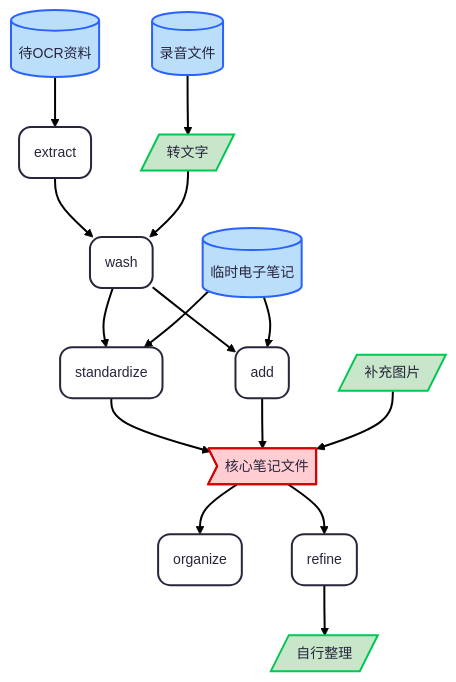
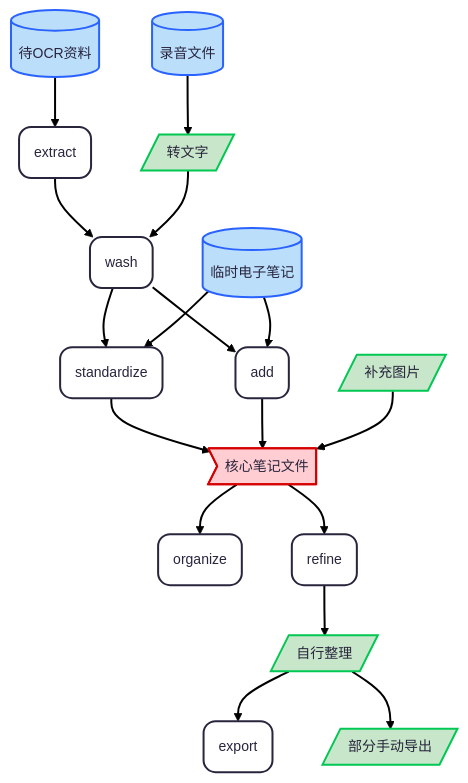
One commit to ursa-minor-alkaid/Ordinote changed the diagram in README.md. Above: the diagram before and after it, drawn with Mermaid. The commit also changed other lines of this file and 13 other files, not shown here.

````diff
--- a/README.md
+++ b/README.md
@@ -62,39 +81,43 @@
 ```mermaid
 ---
 config:
   theme: redux
+  layout: dagre
 ---
 flowchart TB
     n1["待OCR资料"] --> n2["extract"]
     n2 --> n3["wash"]
     n4["录音文件"] --> n5["转文字"]
     n5 --> n3
     n3 --> n6["standardize"] & n11["add"]
     n7["临时电子笔记"] --> n6 & n11
     n6 --> n8>"核心笔记文件"]
     n8 --> n9["organize"] & n10["refine"]
     n11 --> n8
     n10 --> n12["自行整理"]
     n13["补充图片"] --> n8
+    n12 --> n14["export"] & n15["部分手动导出"]
 
     n1@{ shape: cyl}
     n2@{ shape: rounded}
     n3@{ shape: rounded}
     n4@{ shape: cyl}
     n5@{ shape: lean-r}
     n6@{ shape: rounded}
     n11@{ shape: rounded}
     n7@{ shape: cyl}
     n9@{ shape: rounded}
     n10@{ shape: rounded}
     n12@{ shape: lean-r}
     n13@{ shape: lean-r}
-
+    n14@{ shape: rounded}
+    n15@{ shape: lean-r}
     style n1 fill:#BBDEFB,stroke:#2962FF
     style n4 stroke:#2962FF,fill:#BBDEFB
     style n5 fill:#C8E6C9,stroke:#00C853
     style n7 stroke:#2962FF,fill:#BBDEFB
     style n8 fill:#FFCDD2,stroke:#D50000
     style n12 stroke:#00C853,fill:#C8E6C9
     style n13 stroke:#00C853,fill:#C8E6C9
+    style n15 stroke:#00C853,fill:#C8E6C9
 ```
````
